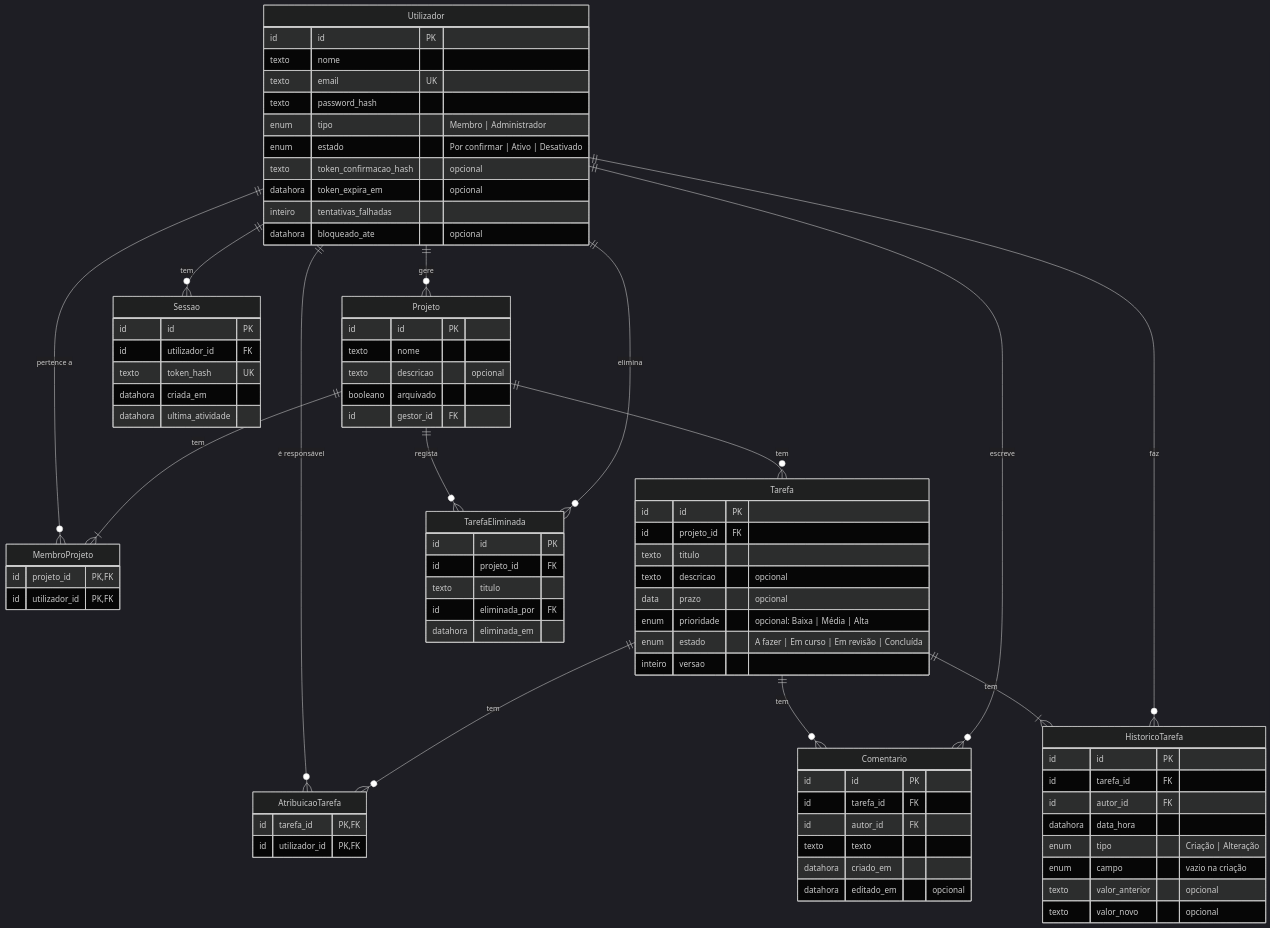
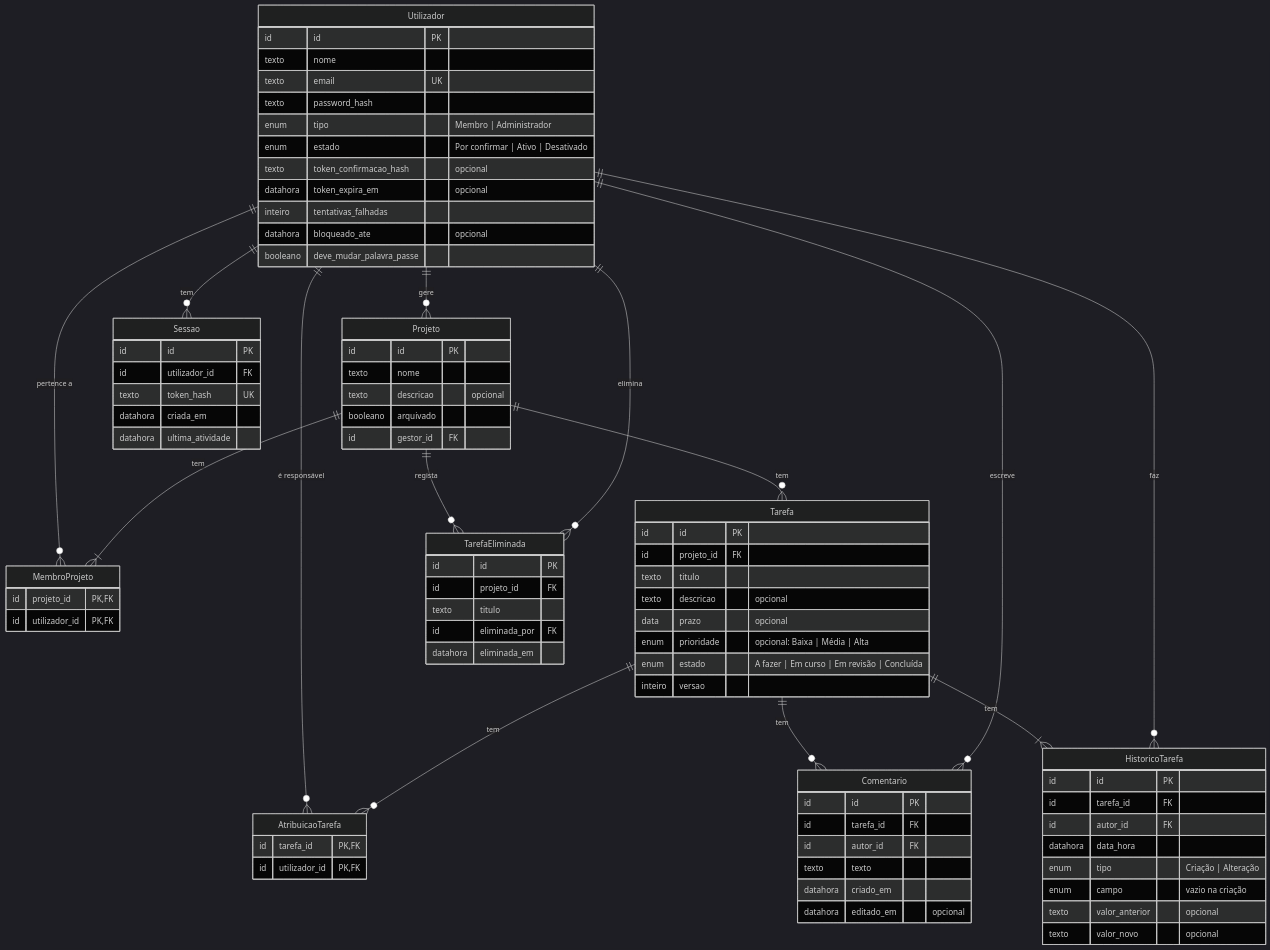
One commit to jmariz-costa/ESMAD-Matriz changed the diagram in docs/database.md. Above: the diagram before and after it, drawn with Mermaid (dark theme). The commit also changed other lines of this file and 42 other files, not shown here.

Commit message:
feat: editar o nome e repor o acesso (Administrador) e mudar a própria palavra-passe (US19, US20, F2.8)

```diff
--- a/docs/database.md
+++ b/docs/database.md
@@ -191,6 +192,7 @@
         datahora token_expira_em "opcional"
         inteiro tentativas_falhadas
         datahora bloqueado_ate "opcional"
+        booleano deve_mudar_palavra_passe
     }
 
     Projeto {
```
